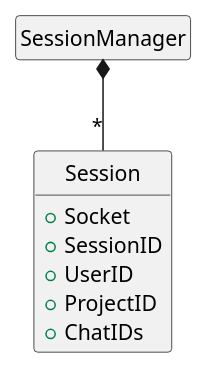
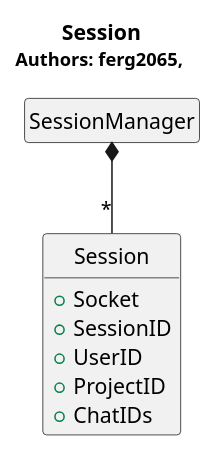
The diagram in hw3/Server/server_session.pu (voxelv/sQuire_kw), drawn with PlantUML before and after one commit. The commit also changed 19 other files, not shown here.

```diff
--- a/hw3/Server/server_session.pu
+++ b/hw3/Server/server_session.pu
@@ -1,18 +1,20 @@
 @startuml
 hide circle
 hide empty members
+
+Title <b>Session</b>\n<size:12>Authors: ferg2065, </size>
 
 class "SessionManager" as sqs_se_m
 class "Session" as sqs_se{
 	+Socket
 	+SessionID
 	+UserID
 	+ProjectID
 	+ChatIDs
 	}
 
 			
 sqs_se_m *-- "*" sqs_se
 
 
 @enduml
```
